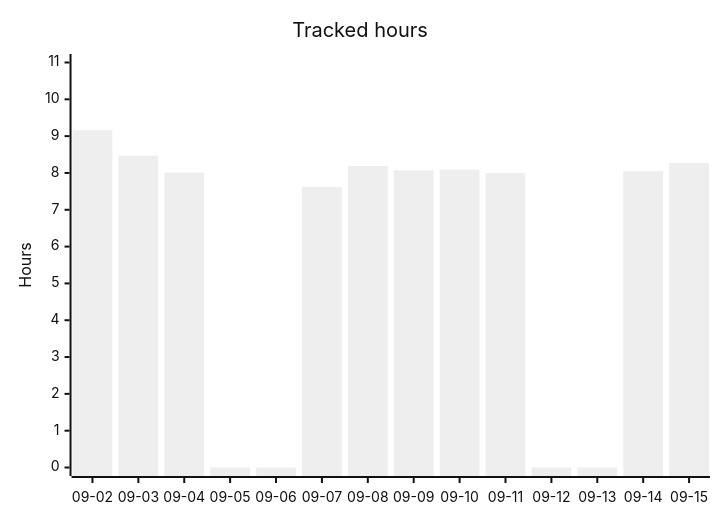
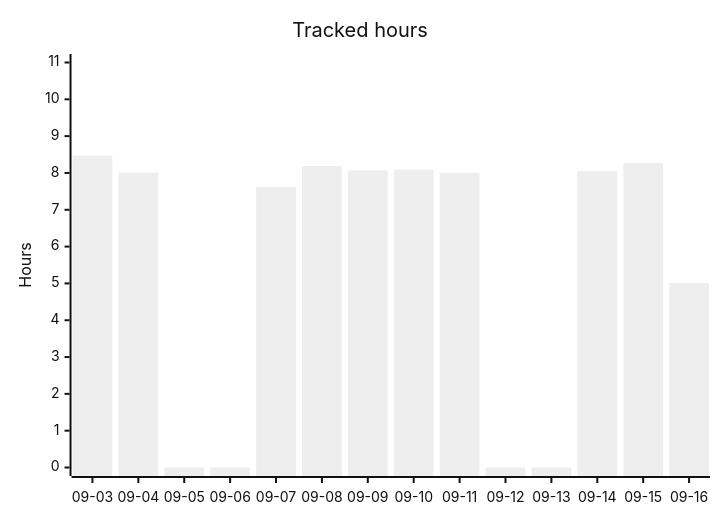
Before and after one commit to albinforsberg-netizen/timeclock: the second of 5 diagrams in README.org, drawn with Mermaid (neutral theme). The commit also changed other lines of this file, not shown here.

```diff
--- a/README.org
+++ b/README.org
@@ -96,7 +97,7 @@
 #+begin_src mermaid
 xychart-beta
     title "Tracked hours"
-    x-axis ["09-02", "09-03", "09-04", "09-05", "09-06", "09-07", "09-08", "09-09", "09-10", "09-11", "09-12", "09-13", "09-14", "09-15"]
+    x-axis ["09-03", "09-04", "09-05", "09-06", "09-07", "09-08", "09-09", "09-10", "09-11", "09-12", "09-13", "09-14", "09-15", "09-16"]
     y-axis "Hours" 0 --> 11
-    bar [9.16, 8.47, 8.01, 0.00, 0.00, 7.62, 8.19, 8.07, 8.09, 8.00, 0.00, 0.00, 8.05, 8.27]
+    bar [8.47, 8.01, 0.00, 0.00, 7.62, 8.19, 8.07, 8.09, 8.00, 0.00, 0.00, 8.05, 8.27, 5.01]
 #+end_src
```
